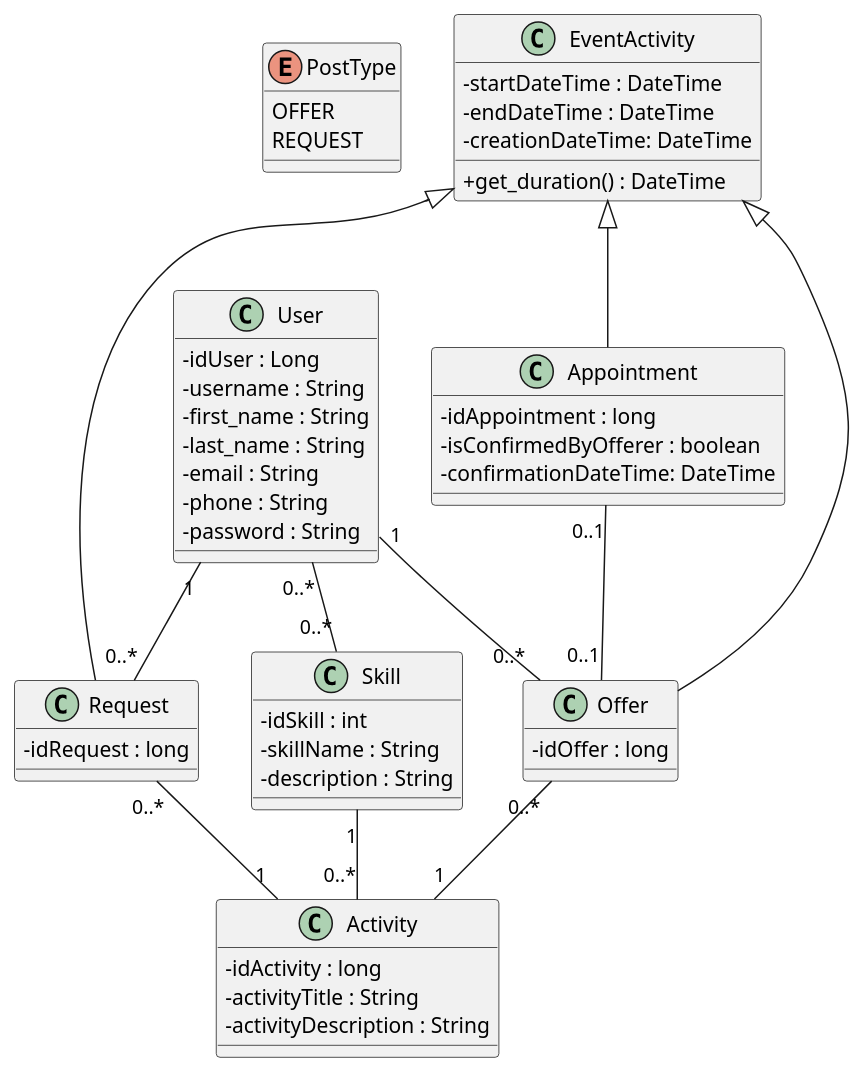
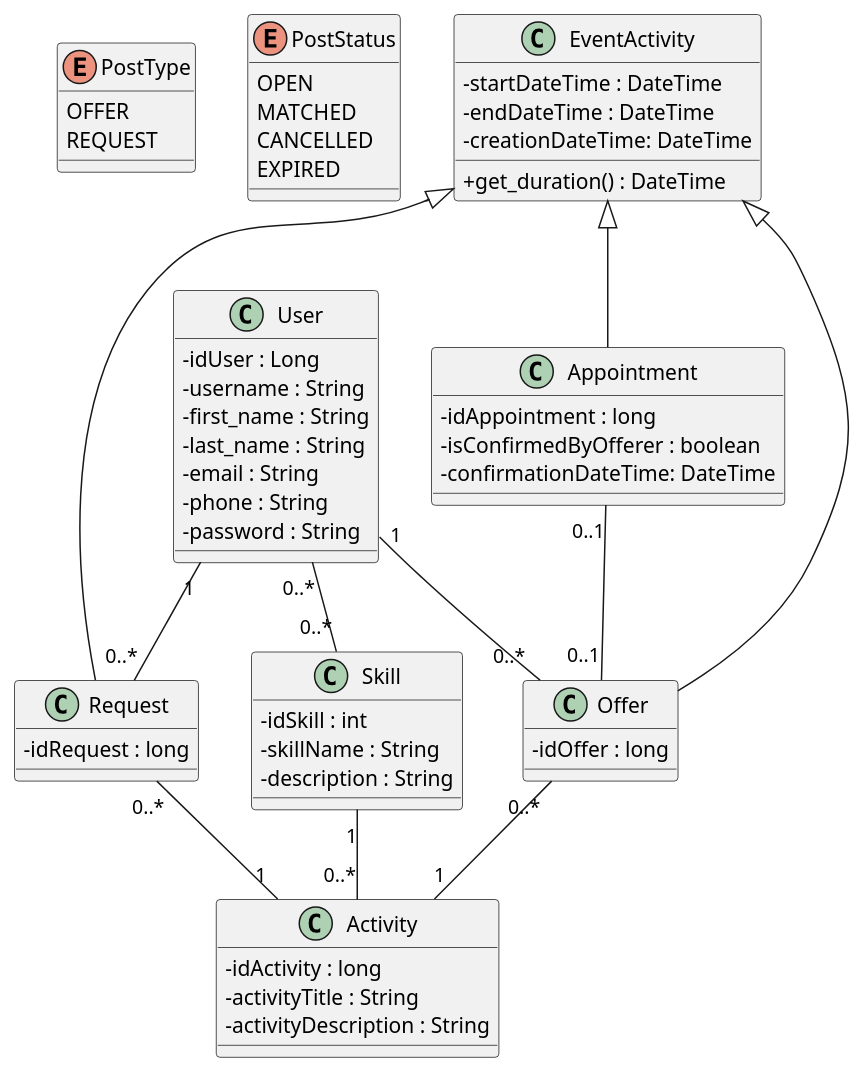
One commit to albanmartel/SkillsExchange changed the diagram in Modelisation/02_CLASS_DIAGRAM/02_Class_Digram.puml. Above: the diagram before and after it, drawn with PlantUML.

Commit message:
UPDATE '02_Class_Digram.puml' implementation d'un type enum 'PostStatus' pour faire évoluer la conception et utiliser cette enumeration pour les appointments 'les rendez-vous'.

```diff
--- a/Modelisation/02_CLASS_DIAGRAM/02_Class_Digram.puml
+++ b/Modelisation/02_CLASS_DIAGRAM/02_Class_Digram.puml
@@ -1,64 +1,71 @@
 @startuml
 skinparam classAttributeIconSize 0
 
 enum PostType {
   OFFER
   REQUEST
+}
+
+enum PostStatus {
+  OPEN
+  MATCHED
+  CANCELLED
+  EXPIRED
 }
 
 class User {
   - idUser : Long
   - username : String
   - first_name : String
   - last_name : String
   - email : String
   - phone : String
   - password : String
 }
 
 class Skill {
   - idSkill : int
   - skillName : String
   - description : String
 }
 
 class Activity {
   - idActivity : long
   - activityTitle : String
   - activityDescription : String
 }
 
 class EventActivity {
   - startDateTime : DateTime
   - endDateTime : DateTime
   - creationDateTime: DateTime
   + get_duration() : DateTime
 }
 
 class Offer {
   - idOffer : long
 }
 
 class Appointment{
   - idAppointment : long
   - isConfirmedByOfferer : boolean
   - confirmationDateTime: DateTime
 }
 
 class Request {
   - idRequest : long
 }
 
 EventActivity <|-- Offer
 EventActivity <|-- Appointment
 EventActivity <|-- Request
 
 User "0..*" -- "0..*" Skill
 Skill "1" -- "0..*" Activity
 User "1" -- "0..*" Offer
 User "1" -- "0..*" Request
 Offer "0..*" -- "1" Activity
 Request "0..*" -- "1" Activity
 Appointment "0..1" -- "0..1" Offer
 
 @enduml
```
